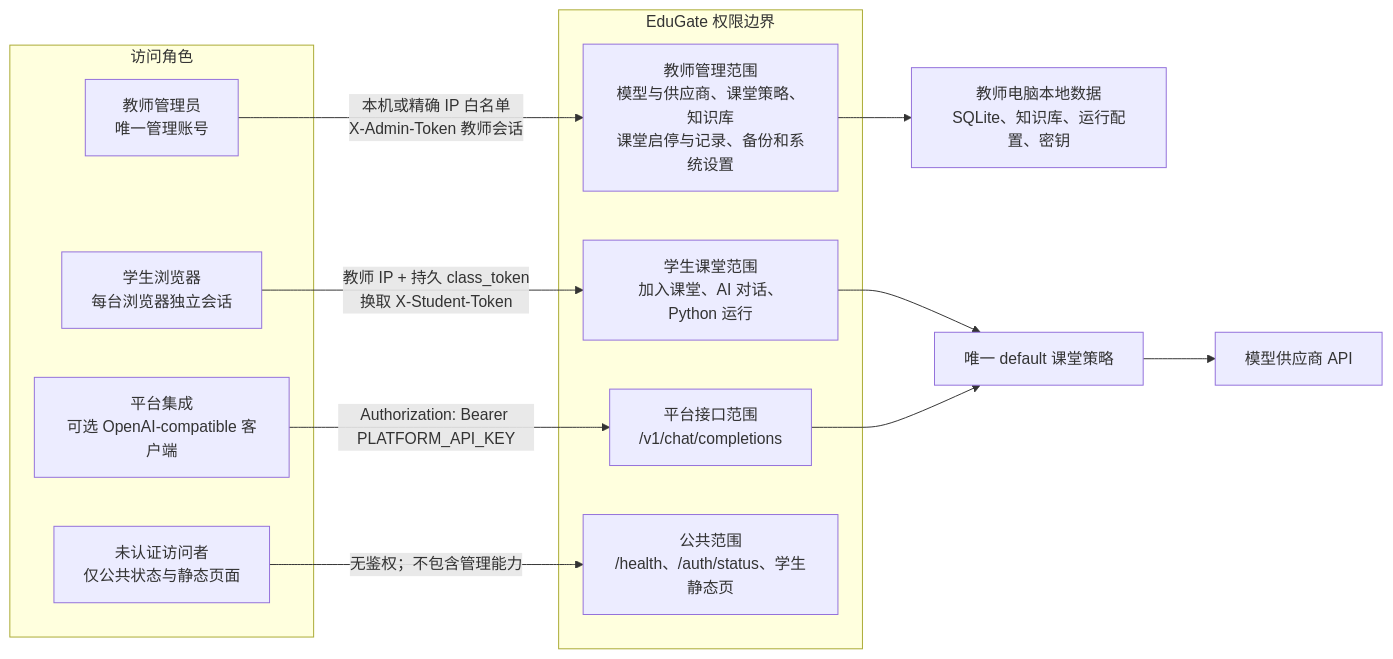
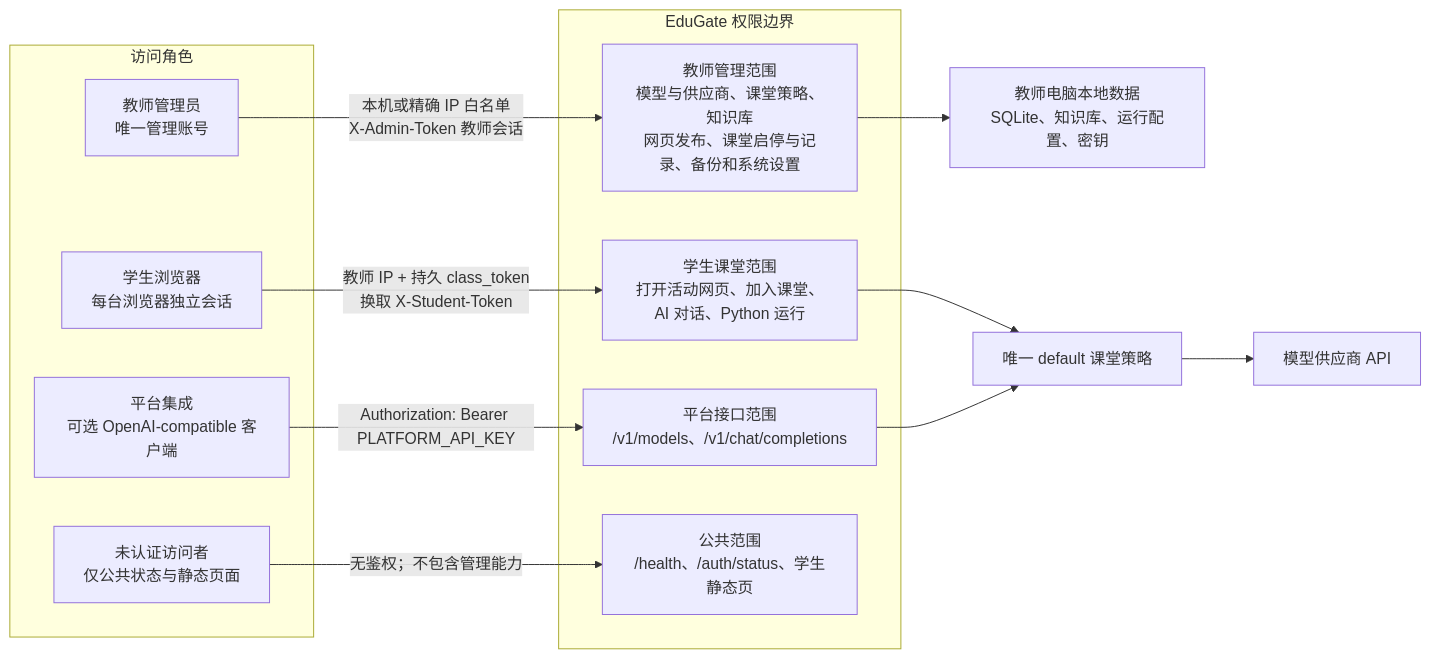
Before and after one commit to bd4rex/EduGate-standalone: the diagram in README.md, drawn with Mermaid. The commit also changed other lines of this file and 34 other files, not shown here.

````diff
--- a/README.md
+++ b/README.md
@@ -58,26 +78,26 @@
 ```mermaid
 flowchart LR
     subgraph roles["访问角色"]
         teacher["教师管理员<br/>唯一管理账号"]
         student["学生浏览器<br/>每台浏览器独立会话"]
         platform["平台集成<br/>可选 OpenAI-compatible 客户端"]
         anonymous["未认证访问者<br/>仅公共状态与静态页面"]
     end
 
     subgraph gateway["EduGate 权限边界"]
-        admin_api["教师管理范围<br/>模型与供应商、课堂策略、知识库<br/>课堂启停与记录、备份和系统设置"]
-        classroom_api["学生课堂范围<br/>加入课堂、AI 对话、Python 运行"]
-        platform_api["平台接口范围<br/>/v1/chat/completions"]
+        admin_api["教师管理范围<br/>模型与供应商、课堂策略、知识库<br/>网页发布、课堂启停与记录、备份和系统设置"]
+        classroom_api["学生课堂范围<br/>打开活动网页、加入课堂、AI 对话、Python 运行"]
+        platform_api["平台接口范围<br/>/v1/models、/v1/chat/completions"]
         public_surface["公共范围<br/>/health、/auth/status、学生静态页"]
     end
 
     teacher -->|"本机或精确 IP 白名单<br/>X-Admin-Token 教师会话"| admin_api
     student -->|"教师 IP + 持久 class_token<br/>换取 X-Student-Token"| classroom_api
     platform -->|"Authorization: Bearer PLATFORM_API_KEY"| platform_api
     anonymous -->|"无鉴权；不包含管理能力"| public_surface
 
     admin_api --> local_data["教师电脑本地数据<br/>SQLite、知识库、运行配置、密钥"]
     classroom_api --> default_policy["唯一 default 课堂策略"]
     platform_api --> default_policy
     default_policy --> upstream["模型供应商 API"]
 ```
````
